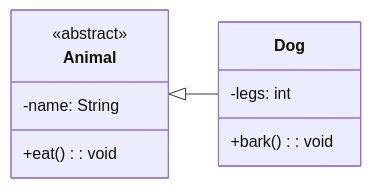
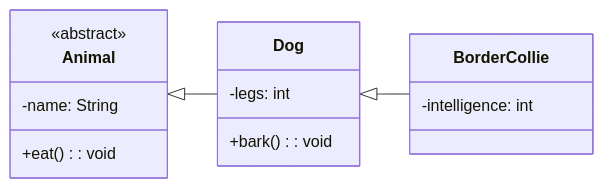
Before and after one commit to mr-alloc/alloc.io: the third of 4 diagrams in docs/software-design/class-diagram.md, drawn with Mermaid. The commit also changed other lines of this file and 1 other file, not shown here.

Commit message:
post: add description for implementation in class diagram.

````diff
--- a/docs/software-design/class-diagram.md
+++ b/docs/software-design/class-diagram.md
@@ -89,14 +89,18 @@
 ```mermaid
 classDiagram
     direction LR
     class Animal {
         <<abstract>>
         -name: String
         +eat(): void
     }
     class Dog {
         -legs: int
         +bark(): void
     }
+    class BorderCollie {
+        -intelligence: int
+    }
     Animal <|-- Dog
+    Dog <|-- BorderCollie
 ```
````
